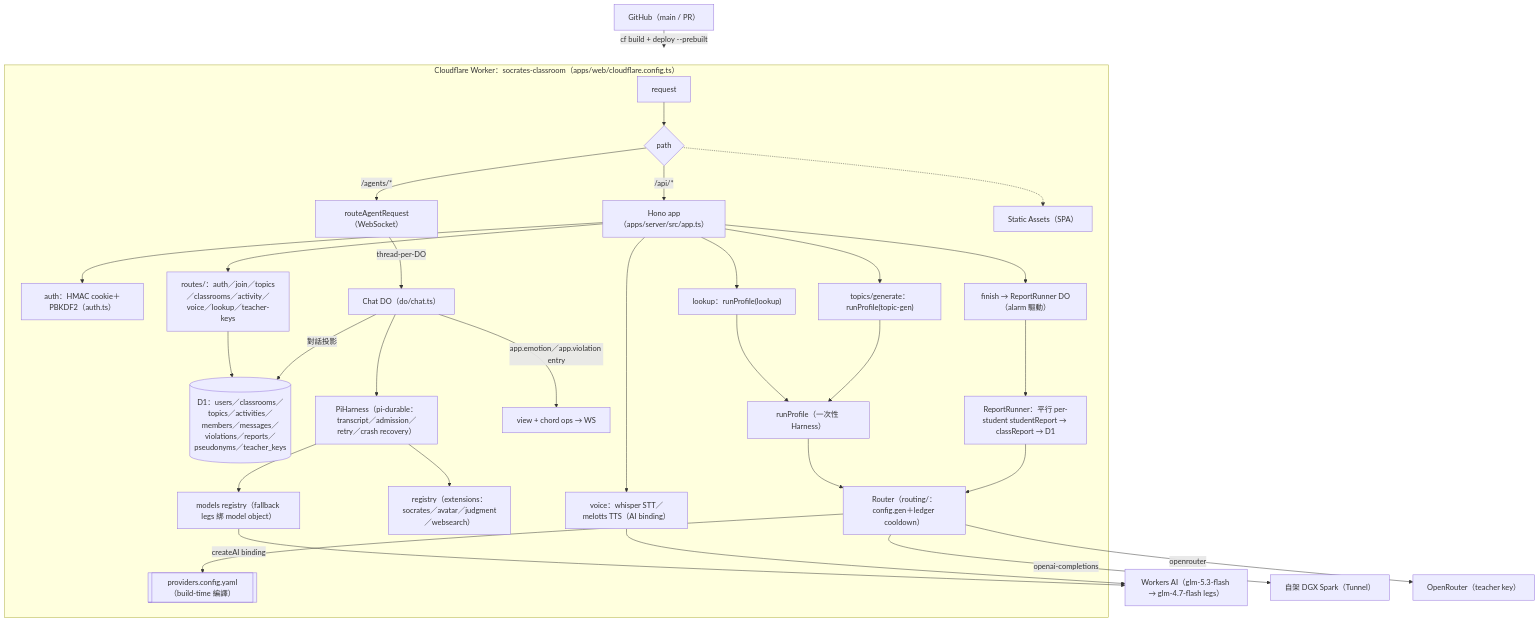
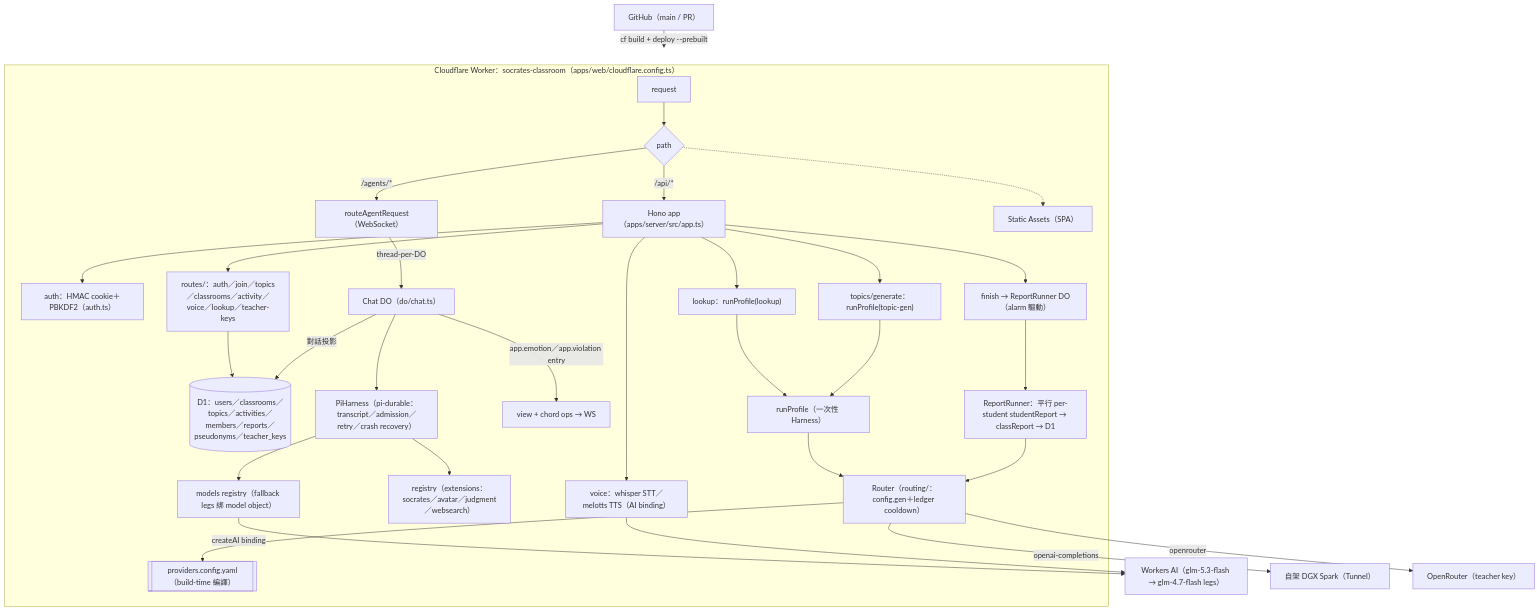
One commit to ntnu-swe-2026-team4/socrates-classroom changed the diagram in docs/architecture.md. Above: the diagram before and after it, drawn with Mermaid. The commit also changed other lines of this file and 7 other files, not shown here.

````diff
--- a/docs/architecture.md
+++ b/docs/architecture.md
@@ -21,38 +21,38 @@
 ```mermaid
 flowchart TD
     GH["GitHub（main / PR）"] -->|"cf build + deploy --prebuilt"| WORKER
 
     subgraph WORKER["Cloudflare Worker：socrates-classroom（apps/web/cloudflare.config.ts）"]
         REQ["request"] --> SPLIT{"path"}
         SPLIT -->|"/api/*"| HONO["Hono app（apps/server/src/app.ts）"]
         SPLIT -->|"/agents/*"| AGENT["routeAgentRequest（WebSocket）"]
         SPLIT -.-> SA["Static Assets（SPA）"]
 
         HONO --> AUTH["auth：HMAC cookie＋PBKDF2（auth.ts）"]
         HONO --> ROUTES["routes/：auth／join／topics／classrooms／activity／voice／lookup／teacher-keys"]
-        ROUTES --> DB[("D1：users／classrooms／topics／activities／members／messages／violations／reports／pseudonyms／teacher_keys")]
+        ROUTES --> DB[("D1：users／classrooms／topics／activities／members／reports／pseudonyms／teacher_keys")]
         HONO --> VOICE["voice：whisper STT／melotts TTS（AI binding）"]
         HONO --> LOOKUP["lookup：runProfile(lookup)"]
         HONO --> GEN["topics/generate：runProfile(topic-gen)"]
         HONO --> FINISH["finish → ReportRunner DO（alarm 驅動）"]
 
         AGENT -->|"thread-per-DO"| CHAT["Chat DO（do/chat.ts）"]
         CHAT --> PH["PiHarness（pi-durable：transcript／admission／retry／crash recovery）"]
         PH --> REG["registry（extensions：socrates／avatar／judgment／websearch）"]
         PH --> MODELS["models registry（fallback legs 綁 model object）"]
         CHAT -->|"app.emotion／app.violation entry"| VIEW["view + chord ops → WS"]
         CHAT -->|"對話投影"| DB
 
         LOOKUP --> RP["runProfile（一次性 Harness）"]
         GEN --> RP
         RP --> ROUTER["Router（routing/：config.gen＋ledger cooldown）"]
         ROUTER --> CFG[["providers.config.yaml（build-time 編譯）"]]
         FINISH --> RR["ReportRunner：平行 per-student studentReport → classReport → D1"]
         RR --> ROUTER
     end
 
     MODELS -->|"createAI binding"| WAI["Workers AI（glm-5.3-flash → glm-4.7-flash legs）"]
     ROUTER -->|"openai-completions"| DGX["自架 DGX Spark（Tunnel）"]
     ROUTER -->|"openrouter"| OR["OpenRouter（teacher key）"]
     VOICE --> WAI
 ```
````
